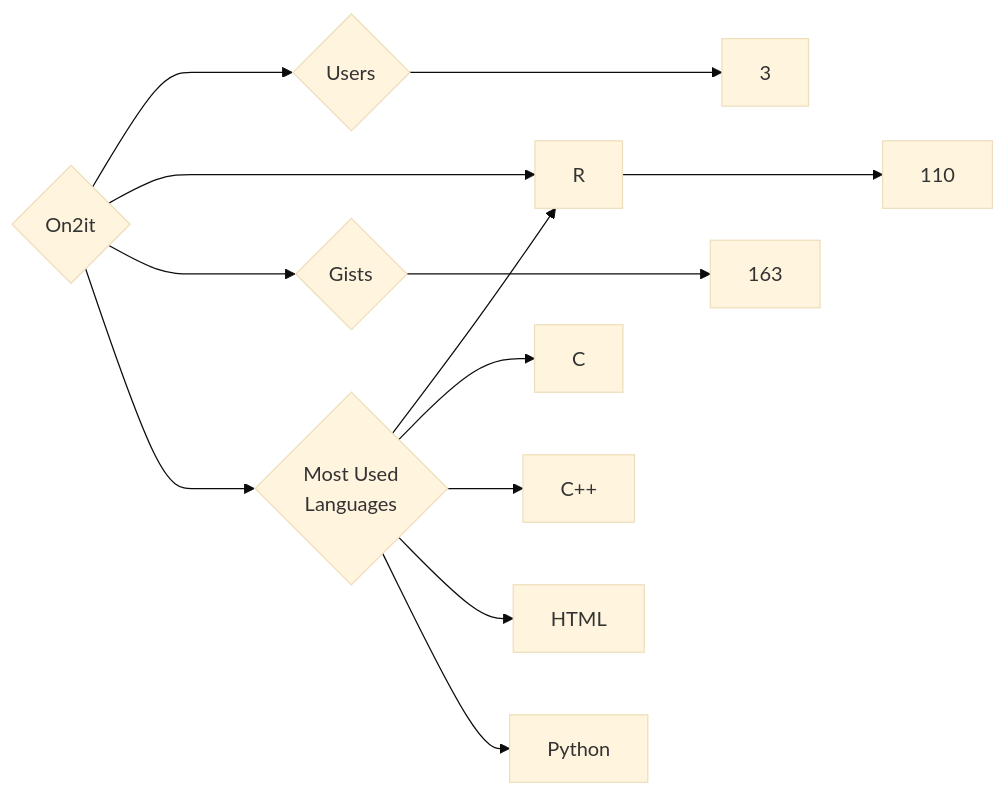
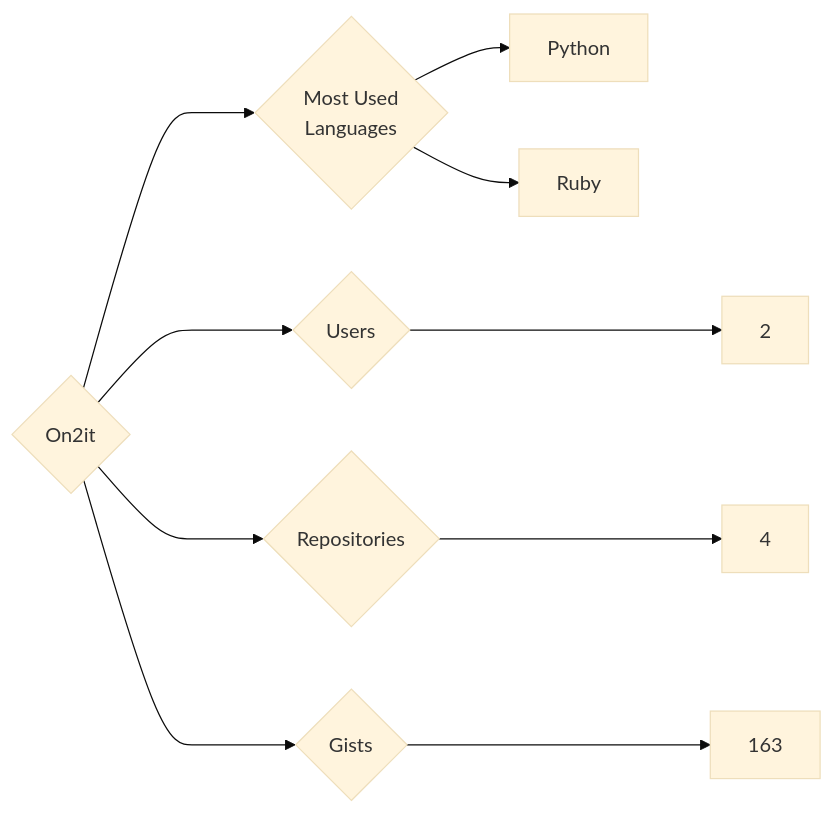
Before and after one commit to trickest/insiders: the diagram in targets/On2it/README.md, drawn with Mermaid (base theme). The commit also changed 912 other files, not shown here.

````diff
--- a/targets/On2it/README.md
+++ b/targets/On2it/README.md
@@ -3,13 +3,10 @@
 ```mermaid
 graph LR
 COMPANY_NAME{On2it}
-COMPANY_NAME ---> U{Users} ---> UN[3]
-COMPANY_NAME ---> R{Repositories} ---> RN[110]
+COMPANY_NAME ---> U{Users} ---> UN[2]
+COMPANY_NAME ---> R{Repositories} ---> RN[4]
 COMPANY_NAME ---> G{Gists} ---> GN[163]
 COMPANY_NAME ---> ML{Most Used<br>Languages}
-ML --> R[R]
-ML --> C[C]
-ML --> C++[C++]
-ML --> HTML[HTML]
 ML --> Python[Python]
+ML --> Ruby[Ruby]
 ```
````
